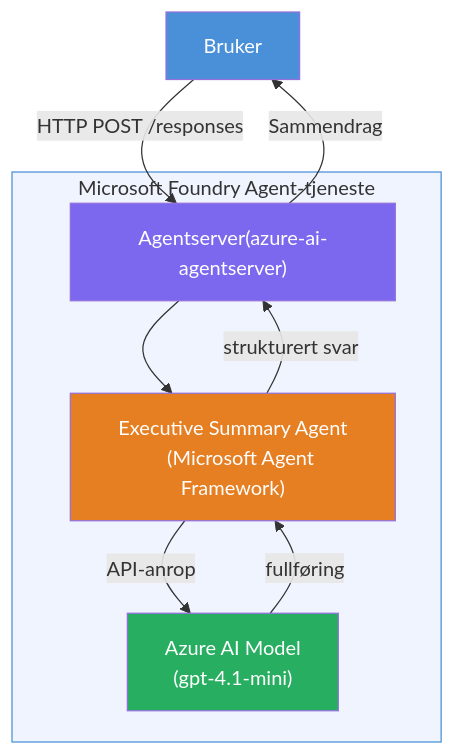
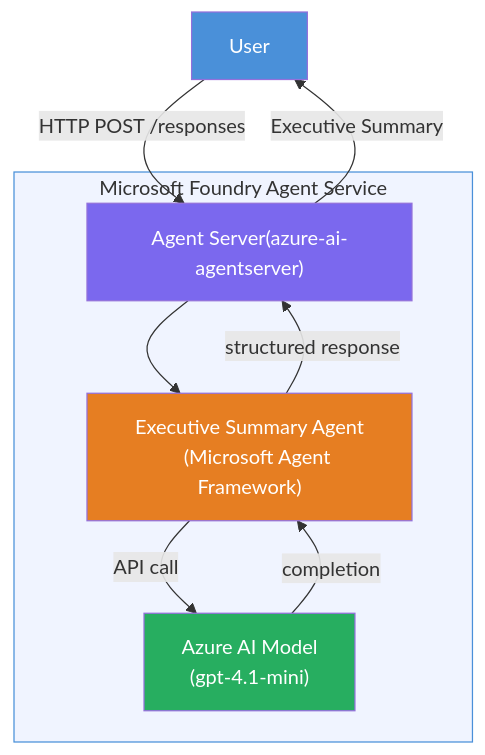
The diagram in translations/no/workshop/lab01-single-agent/README.md (microsoft-foundry/Foundry_Toolkit_for_VSCode_Lab), drawn with Mermaid before and after one commit. The commit also changed other lines of this file and 83 other files, not shown here.

````diff
--- a/translations/no/workshop/lab01-single-agent/README.md
+++ b/translations/no/workshop/lab01-single-agent/README.md
@@ -15,23 +15,23 @@
 ```mermaid
 flowchart TD
-    A["Bruker"] -->|HTTP POST /responses| B["Agentserver(azure-ai-agentserver)"]
+    A["User"] -->|HTTP POST /responses| B["Agent Server(azure-ai-agentserver)"]
     B --> C["Executive Summary Agent
     (Microsoft Agent Framework)"]
-    C -->|API-anrop| D["Azure AI Model
+    C -->|API call| D["Azure AI Model
     (gpt-4.1-mini)"]
-    D -->|fullføring| C
-    C -->|strukturert svar| B
-    B -->|Sammendrag| A
+    D -->|completion| C
+    C -->|structured response| B
+    B -->|Executive Summary| A
 
-    subgraph Azure ["Microsoft Foundry Agent-tjeneste"]
+    subgraph Azure ["Microsoft Foundry Agent Service"]
         B
         C
         D
     end
 
     style A fill:#4A90D9,color:#fff
     style B fill:#7B68EE,color:#fff
     style C fill:#E67E22,color:#fff
     style D fill:#27AE60,color:#fff
     style Azure fill:#f0f4ff,stroke:#4A90D9
 ```
````
